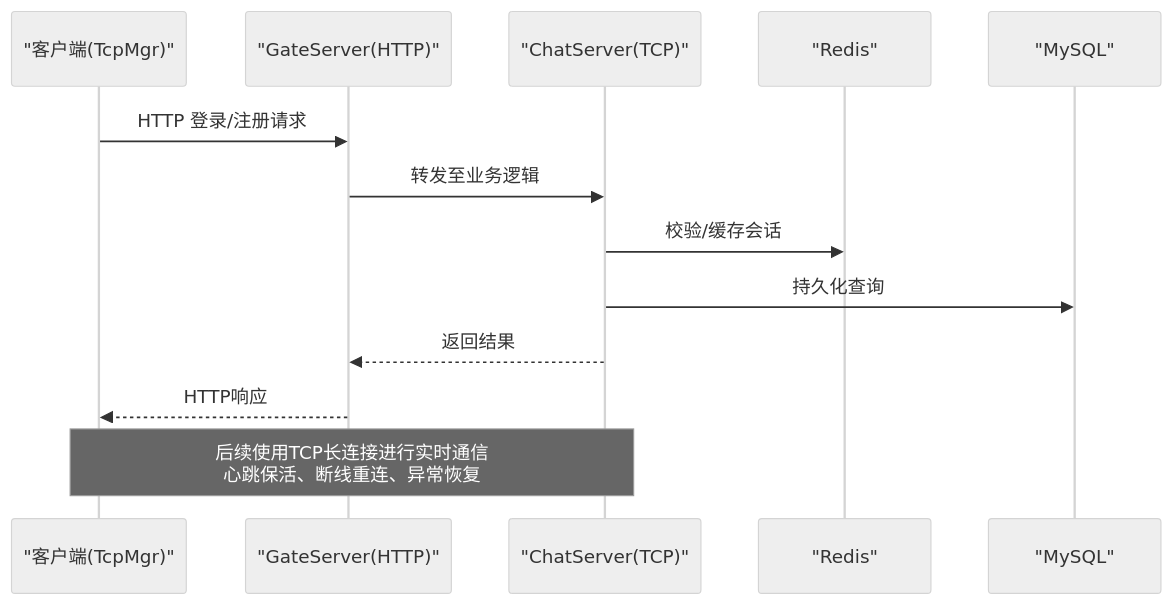
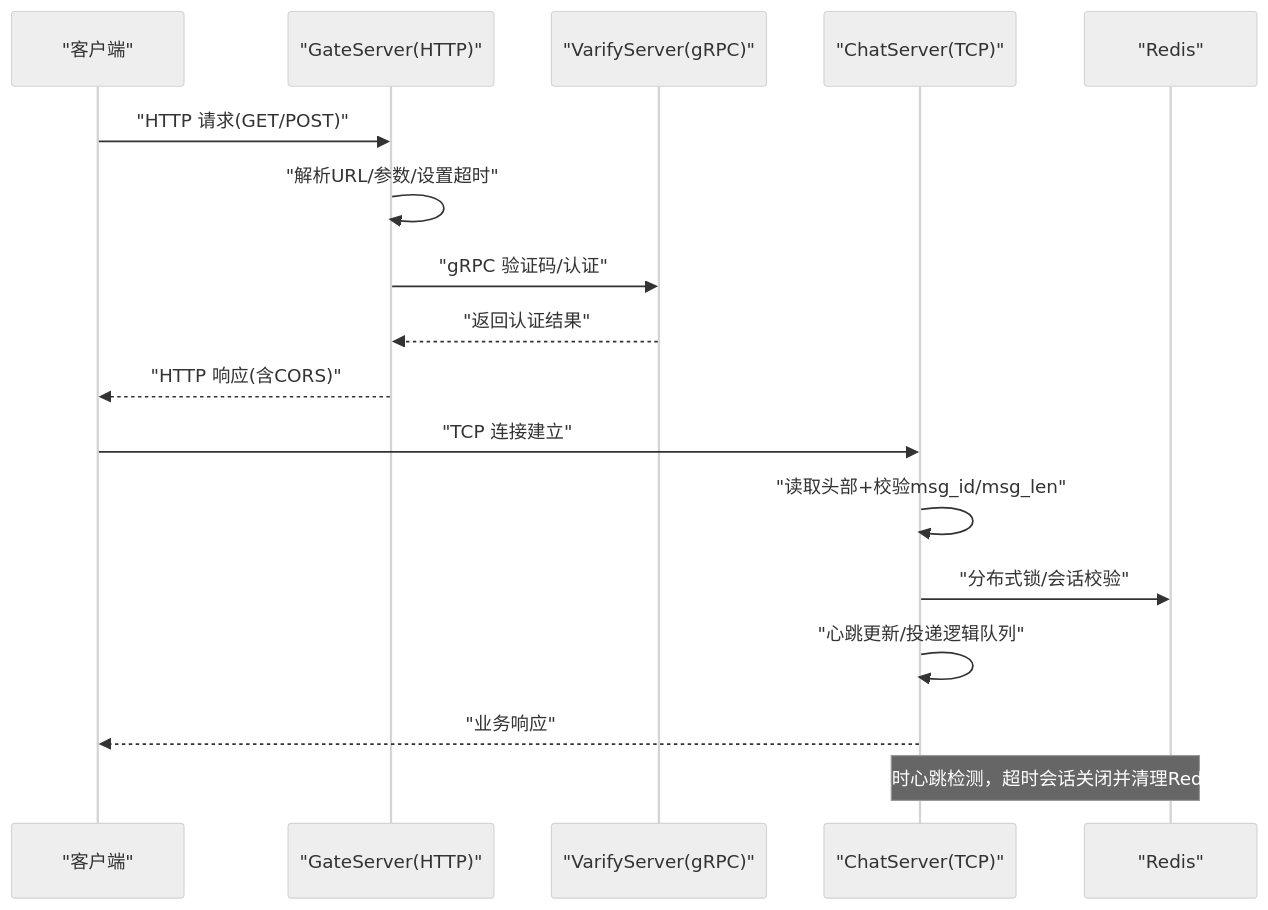
Before and after one commit to echo9923/mychatter: the second of 6 diagrams in .qoder/repowiki/zh/content/安全设计/网络安全防护/网络安全防护.md, drawn with Mermaid (neutral theme). The commit also changed other lines of this file and 526 other files, not shown here.

````diff
--- a/.qoder/repowiki/zh/content/安全设计/网络安全防护/网络安全防护.md
+++ b/.qoder/repowiki/zh/content/安全设计/网络安全防护/网络安全防护.md
@@ -110,15 +66,19 @@
 ```mermaid
 sequenceDiagram
-participant Client as "客户端(TcpMgr)"
-participant Gate as "GateServer(HTTP)"
-participant Chat as "ChatServer(TCP)"
-participant Redis as "Redis"
-participant DB as "MySQL"
-Client->>Gate : HTTP 登录/注册请求
-Gate->>Chat : 转发至业务逻辑
-Chat->>Redis : 校验/缓存会话
-Chat->>DB : 持久化查询
-Chat-->>Gate : 返回结果
-Gate-->>Client : HTTP响应
-Note over Client,Chat : 后续使用TCP长连接进行实时通信<br/>心跳保活、断线重连、异常恢复
+participant C as "客户端"
+participant G as "GateServer(HTTP)"
+participant V as "VarifyServer(gRPC)"
+participant S as "ChatServer(TCP)"
+participant R as "Redis"
+C->>G : "HTTP 请求(GET/POST)"
+G->>G : "解析URL/参数/设置超时"
+G->>V : "gRPC 验证码/认证"
+V-->>G : "返回认证结果"
+G-->>C : "HTTP 响应(含CORS)"
+C->>S : "TCP 连接建立"
+S->>S : "读取头部+校验msg_id/msg_len"
+S->>R : "分布式锁/会话校验"
+S->>S : "心跳更新/投递逻辑队列"
+S-->>C : "业务响应"
+Note over S,R : "定时心跳检测，超时会话关闭并清理Redis"
 ```
````
